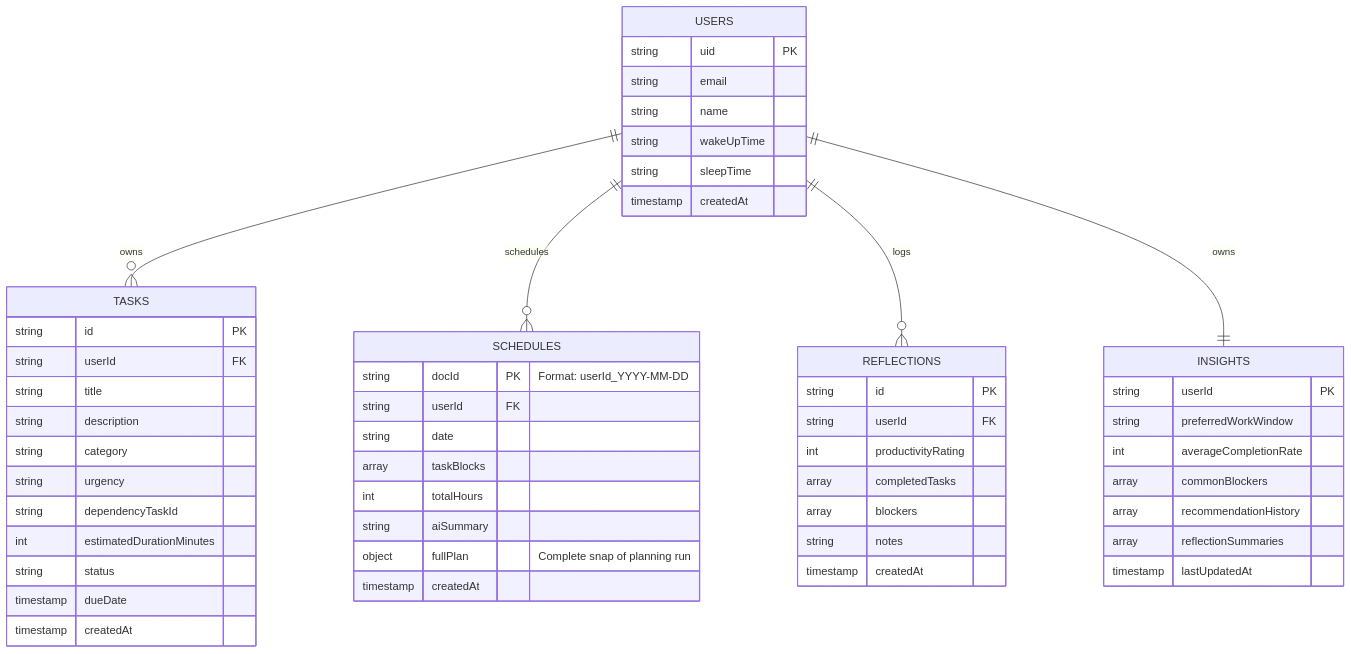
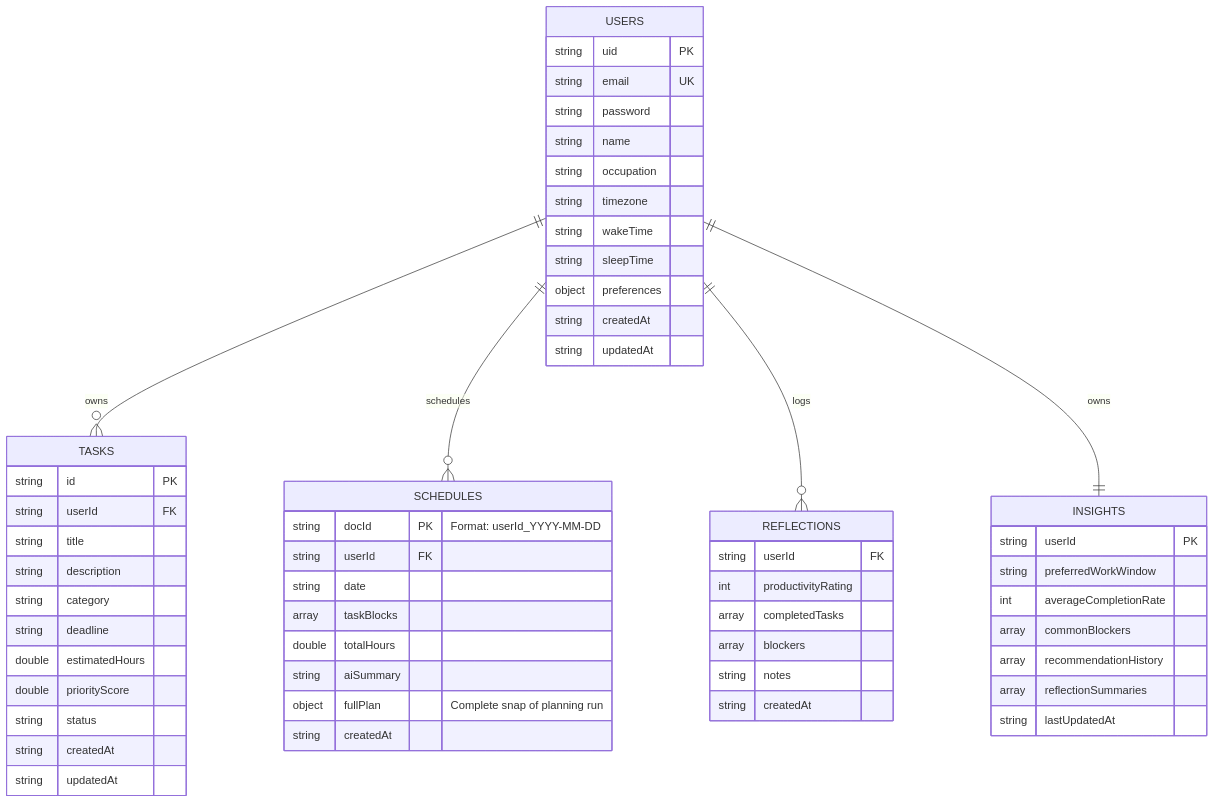
The sixth of 7 diagrams in README.md (Nitish-0710/vibe2ship-momentum), drawn with Mermaid before and after one commit. The commit also changed other lines of this file, not shown here.

````diff
--- a/README.md
+++ b/README.md
@@ -294,57 +318,61 @@
 ```mermaid
 erDiagram
     USERS {
         string uid PK
-        string email
+        string email UK
+        string password
         string name
-        string wakeUpTime
+        string occupation
+        string timezone
+        string wakeTime
         string sleepTime
-        timestamp createdAt
+        object preferences
+        string createdAt
+        string updatedAt
     }
     TASKS {
         string id PK
         string userId FK
         string title
         string description
         string category
-        string urgency
-        string dependencyTaskId
-        int estimatedDurationMinutes
+        string deadline
+        double estimatedHours
+        double priorityScore
         string status
-        timestamp dueDate
-        timestamp createdAt
+        string createdAt
+        string updatedAt
     }
     SCHEDULES {
         string docId PK "Format: userId_YYYY-MM-DD"
         string userId FK
         string date
         array taskBlocks
-        int totalHours
+        double totalHours
         string aiSummary
         object fullPlan "Complete snap of planning run"
-        timestamp createdAt
+        string createdAt
     }
     REFLECTIONS {
-        string id PK
         string userId FK
         int productivityRating
         array completedTasks
         array blockers
         string notes
-        timestamp createdAt
+        string createdAt
     }
     INSIGHTS {
         string userId PK
         string preferredWorkWindow
         int averageCompletionRate
         array commonBlockers
         array recommendationHistory
         array reflectionSummaries
-        timestamp lastUpdatedAt
+        string lastUpdatedAt
     }
 
     USERS ||--o{ TASKS : owns
     USERS ||--o{ SCHEDULES : schedules
     USERS ||--o{ REFLECTIONS : logs
     USERS ||--|| INSIGHTS : owns
 ```
````
